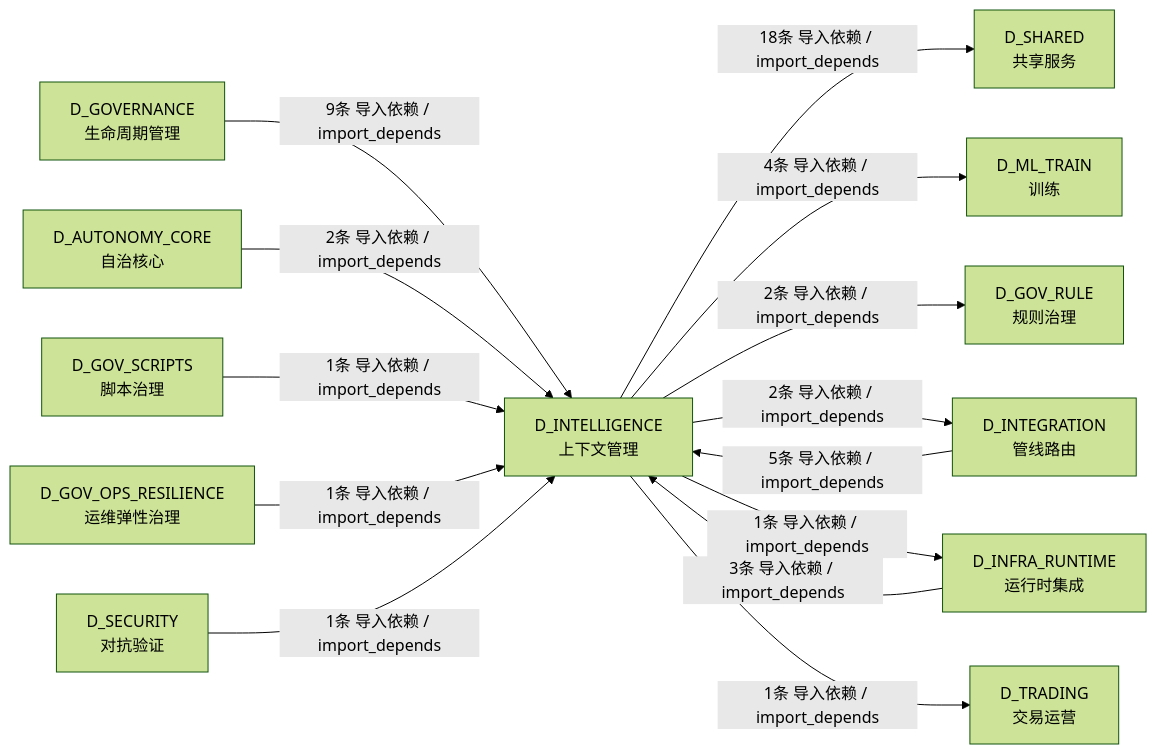
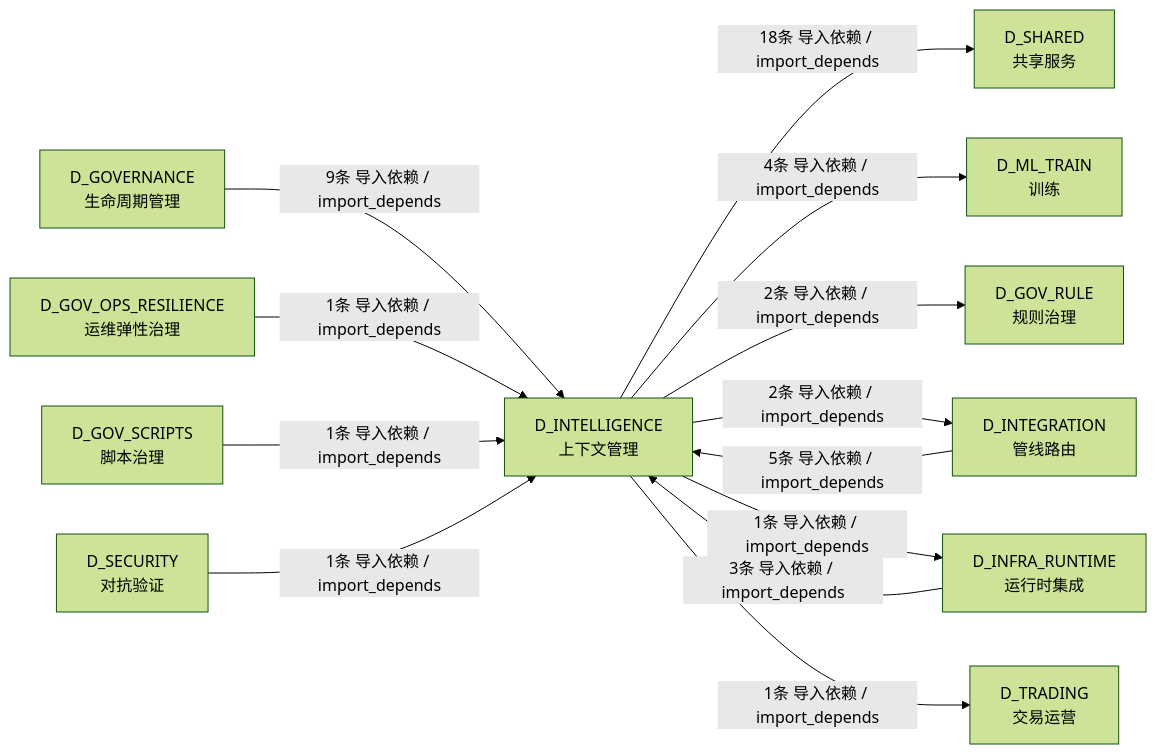
One commit to xuanFelixVan/ZephyrAlpha changed the third of 3 diagrams in docs/02_enterprise_architecture/02_domain_architecture_docs/46_d_intelligence.md. Above: the diagram before and after it, drawn with Mermaid (forest theme). The commit also changed other lines of this file and 128 other files, not shown here.

````diff
--- a/docs/02_enterprise_architecture/02_domain_architecture_docs/46_d_intelligence.md
+++ b/docs/02_enterprise_architecture/02_domain_architecture_docs/46_d_intelligence.md
@@ -378,28 +374,26 @@
 ```mermaid
 graph LR
     D_INTELLIGENCE["D_INTELLIGENCE<br/>上下文管理"]
     D_SHARED["D_SHARED<br/>共享服务"]
     D_ML_TRAIN["D_ML_TRAIN<br/>训练"]
     D_GOV_RULE["D_GOV_RULE<br/>规则治理"]
     D_INTEGRATION["D_INTEGRATION<br/>管线路由"]
     D_INFRA_RUNTIME["D_INFRA_RUNTIME<br/>运行时集成"]
     D_TRADING["D_TRADING<br/>交易运营"]
     D_GOVERNANCE["D_GOVERNANCE<br/>生命周期管理"]
-    D_AUTONOMY_CORE["D_AUTONOMY_CORE<br/>自治核心"]
+    D_GOV_OPS_RESILIENCE["D_GOV_OPS_RESILIENCE<br/>运维弹性治理"]
     D_GOV_SCRIPTS["D_GOV_SCRIPTS<br/>脚本治理"]
-    D_GOV_OPS_RESILIENCE["D_GOV_OPS_RESILIENCE<br/>运维弹性治理"]
     D_SECURITY["D_SECURITY<br/>对抗验证"]
     D_INTELLIGENCE -->|18条 导入依赖 / import_depends| D_SHARED
     D_INTELLIGENCE -->|4条 导入依赖 / import_depends| D_ML_TRAIN
     D_INTELLIGENCE -->|2条 导入依赖 / import_depends| D_GOV_RULE
     D_INTELLIGENCE -->|2条 导入依赖 / import_depends| D_INTEGRATION
     D_INTELLIGENCE -->|1条 导入依赖 / import_depends| D_INFRA_RUNTIME
     D_INTELLIGENCE -->|1条 导入依赖 / import_depends| D_TRADING
     D_GOVERNANCE -->|9条 导入依赖 / import_depends| D_INTELLIGENCE
     D_INTEGRATION -->|5条 导入依赖 / import_depends| D_INTELLIGENCE
     D_INFRA_RUNTIME -->|3条 导入依赖 / import_depends| D_INTELLIGENCE
-    D_AUTONOMY_CORE -->|2条 导入依赖 / import_depends| D_INTELLIGENCE
+    D_GOV_OPS_RESILIENCE -->|1条 导入依赖 / import_depends| D_INTELLIGENCE
     D_GOV_SCRIPTS -->|1条 导入依赖 / import_depends| D_INTELLIGENCE
-    D_GOV_OPS_RESILIENCE -->|1条 导入依赖 / import_depends| D_INTELLIGENCE
     D_SECURITY -->|1条 导入依赖 / import_depends| D_INTELLIGENCE
 ```
````
